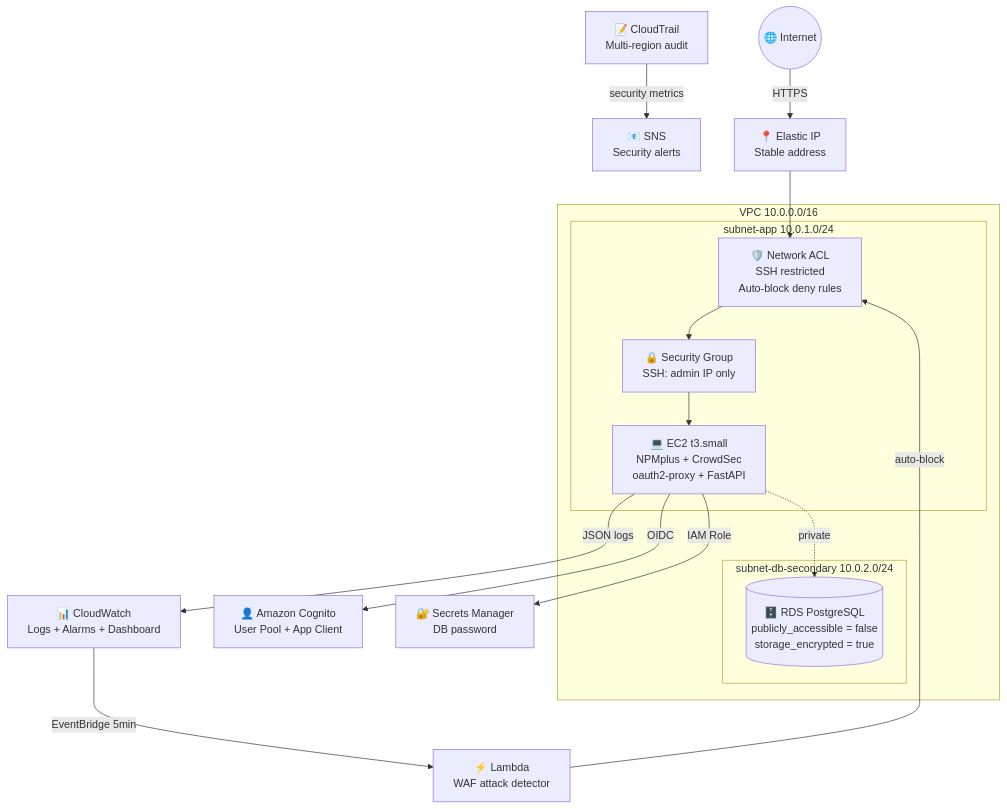
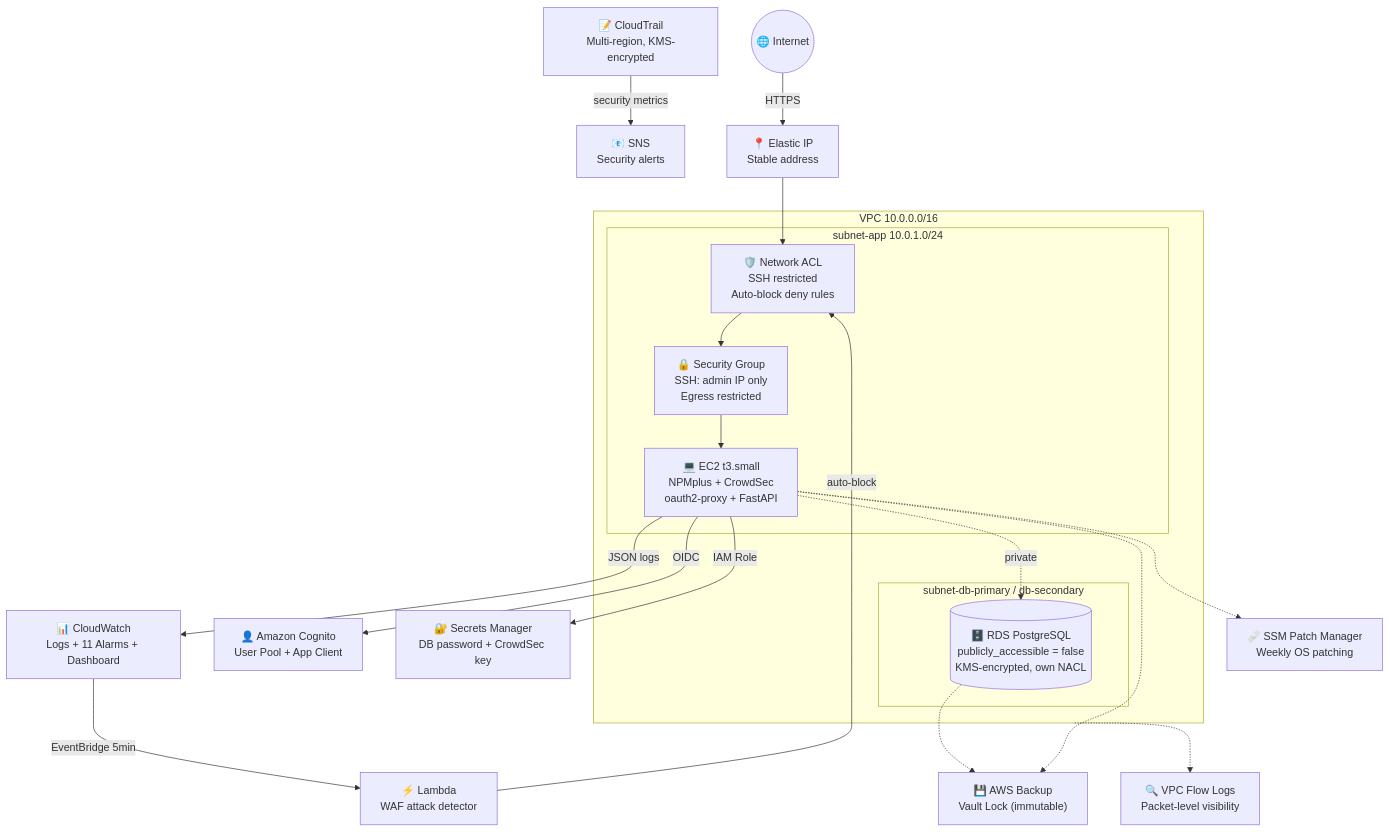
Before and after one commit to VladvonTranssylvanien/learningsteps-lockdown-on-AWS: the diagram in README.md, drawn with Mermaid. The commit also changed other lines of this file and 1 other file, not shown here.

Commit message:
Fix alarm count in README (11, not 14); add CrowdSec bouncer key Secrets Manager resource

````diff
--- a/README.md
+++ b/README.md
@@ -52,32 +53,39 @@
 ```mermaid
 graph TB
     Internet((🌐 Internet))
 
     subgraph VPC["VPC 10.0.0.0/16"]
         subgraph AppSubnet["subnet-app 10.0.1.0/24"]
             NACL["🛡️ Network ACL<br/>SSH restricted<br/>Auto-block deny rules"]
-            SG_APP["🔒 Security Group<br/>SSH: admin IP only"]
+            SG_APP["🔒 Security Group<br/>SSH: admin IP only<br/>Egress restricted"]
             EC2["💻 EC2 t3.small<br/>NPMplus + CrowdSec<br/>oauth2-proxy + FastAPI"]
         end
-        subgraph DBSubnet["subnet-db-secondary 10.0.2.0/24"]
-            RDS[("🗄️ RDS PostgreSQL<br/>publicly_accessible = false<br/>storage_encrypted = true")]
+        subgraph DBSubnet["subnet-db-primary / db-secondary"]
+            RDS[("🗄️ RDS PostgreSQL<br/>publicly_accessible = false<br/>KMS-encrypted, own NACL")]
         end
     end
 
     Cognito["👤 Amazon Cognito<br/>User Pool + App Client"]
-    Secrets["🔐 Secrets Manager<br/>DB password"]
+    Secrets["🔐 Secrets Manager<br/>DB password + CrowdSec key"]
     Lambda["⚡ Lambda<br/>WAF attack detector"]
-    CW["📊 CloudWatch<br/>Logs + Alarms + Dashboard"]
-    CT["📝 CloudTrail<br/>Multi-region audit"]
+    CW["📊 CloudWatch<br/>Logs + 11 Alarms + Dashboard"]
+    CT["📝 CloudTrail<br/>Multi-region, KMS-encrypted"]
     SNS["📧 SNS<br/>Security alerts"]
     EIP["📍 Elastic IP<br/>Stable address"]
+    Backup["💾 AWS Backup<br/>Vault Lock (immutable)"]
+    Flow["🔍 VPC Flow Logs<br/>Packet-level visibility"]
+    Patch["🩹 SSM Patch Manager<br/>Weekly OS patching"]
 
     Internet -->|HTTPS| EIP --> NACL --> SG_APP --> EC2
     EC2 -->|IAM Role| Secrets
     EC2 -->|OIDC| Cognito
     EC2 -->|JSON logs| CW
     CW -->|EventBridge 5min| Lambda
     Lambda -->|auto-block| NACL
     EC2 -.->|private| RDS
     CT -->|security metrics| SNS
+    RDS -.-> Backup
+    EC2 -.-> Backup
+    VPC -.-> Flow
+    EC2 -.-> Patch
 ```
````
